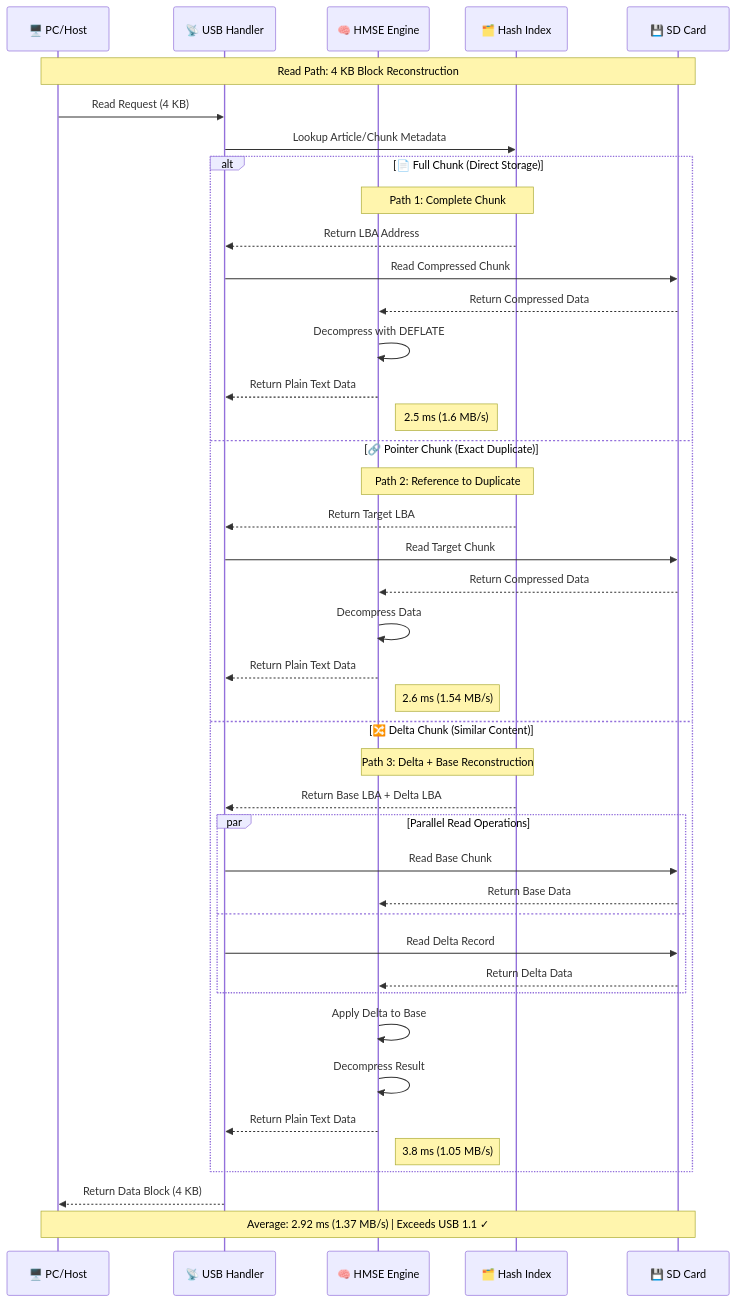
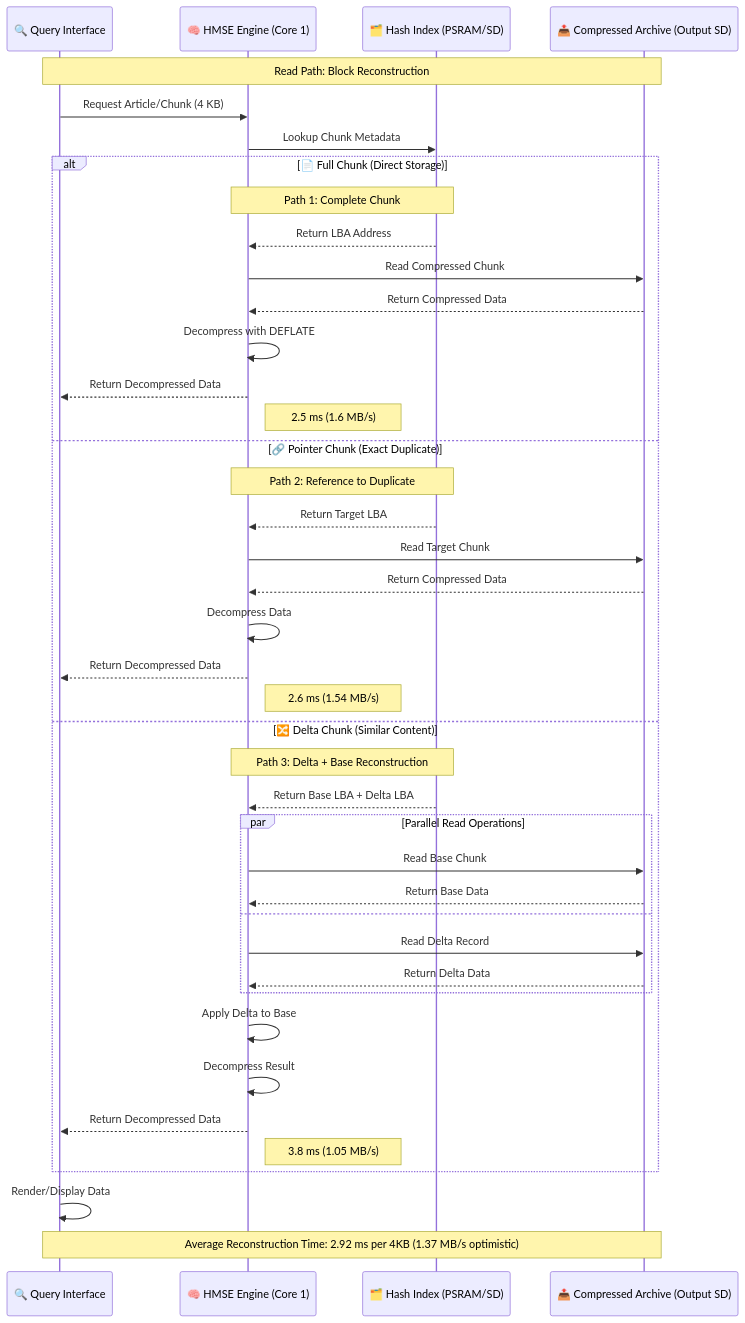
One commit to 1Jamie/HMSE changed the fifth of 5 diagrams in README.md. Above: the diagram before and after it, drawn with Mermaid. The commit also changed other lines of this file and 5 other files, not shown here.

````diff
--- a/README.md
+++ b/README.md
@@ -954,56 +1621,55 @@
 ```mermaid
 sequenceDiagram
-    participant Host as 🖥️ PC/Host
-    participant USB as 📡 USB Handler
-    participant Engine as 🧠 HMSE Engine
-    participant Index as 🗂️ Hash Index
-    participant Storage as 💾 SD Card
+    participant Query as 🔍 Query Interface
+    participant Engine as 🧠 HMSE Engine (Core 1)
+    participant Index as 🗂️ Hash Index (PSRAM/SD)
+    participant SD_Out as 📤 Compressed Archive (Output SD)
 
-    Note over Host,Storage: Read Path: 4 KB Block Reconstruction
+    Note over Query,SD_Out: Read Path: Block Reconstruction
 
     %% Initial Request
-    Host->>USB: Read Request (4 KB)
-    USB->>Index: Lookup Article/Chunk Metadata
+    Query->>Engine: Request Article/Chunk (4 KB)
+    Engine->>Index: Lookup Chunk Metadata
     
     %% Three Reconstruction Paths
     alt 📄 Full Chunk (Direct Storage)
         Note over Index,Engine: Path 1: Complete Chunk
-        Index-->>USB: Return LBA Address
-        USB->>Storage: Read Compressed Chunk
-        Storage-->>Engine: Return Compressed Data
+        Index-->>Engine: Return LBA Address
+        Engine->>SD_Out: Read Compressed Chunk
+        SD_Out-->>Engine: Return Compressed Data
         Engine->>Engine: Decompress with DEFLATE
-        Engine-->>USB: Return Plain Text Data
+        Engine-->>Query: Return Decompressed Data
         Note right of Engine: 2.5 ms (1.6 MB/s)
         
     else 🔗 Pointer Chunk (Exact Duplicate)
         Note over Index,Engine: Path 2: Reference to Duplicate
-        Index-->>USB: Return Target LBA
-        USB->>Storage: Read Target Chunk
-        Storage-->>Engine: Return Compressed Data
+        Index-->>Engine: Return Target LBA
+        Engine->>SD_Out: Read Target Chunk
+        SD_Out-->>Engine: Return Compressed Data
         Engine->>Engine: Decompress Data
-        Engine-->>USB: Return Plain Text Data
+        Engine-->>Query: Return Decompressed Data
         Note right of Engine: 2.6 ms (1.54 MB/s)
         
     else 🔀 Delta Chunk (Similar Content)
         Note over Index,Engine: Path 3: Delta + Base Reconstruction
-        Index-->>USB: Return Base LBA + Delta LBA
+        Index-->>Engine: Return Base LBA + Delta LBA
         
         par Parallel Read Operations
-            USB->>Storage: Read Base Chunk
-            Storage-->>Engine: Return Base Data
+            Engine->>SD_Out: Read Base Chunk
+            SD_Out-->>Engine: Return Base Data
         and
-            USB->>Storage: Read Delta Record
-            Storage-->>Engine: Return Delta Data
+            Engine->>SD_Out: Read Delta Record
+            SD_Out-->>Engine: Return Delta Data
         end
         
         Engine->>Engine: Apply Delta to Base
         Engine->>Engine: Decompress Result
-        Engine-->>USB: Return Plain Text Data
+        Engine-->>Query: Return Decompressed Data
         Note right of Engine: 3.8 ms (1.05 MB/s)
     end
     
     %% Final Response
-    USB-->>Host: Return Data Block (4 KB)
+    Query->>Query: Render/Display Data
     
-    Note over Host,Storage: Average: 2.92 ms (1.37 MB/s) | Exceeds USB 1.1 ✓
+    Note over Query,SD_Out: Average Reconstruction Time: 2.92 ms per 4KB (1.37 MB/s optimistic)
 ```
````
